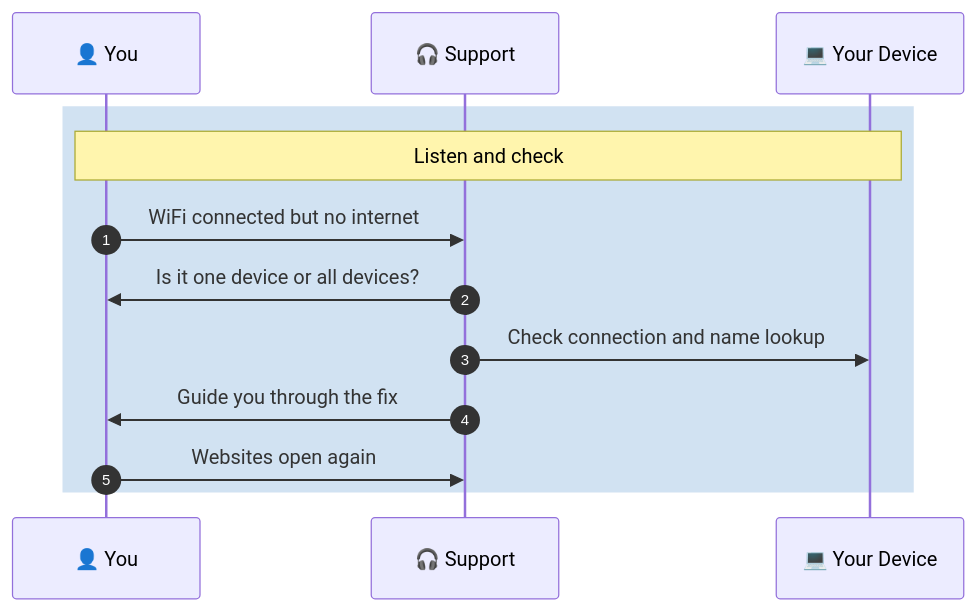
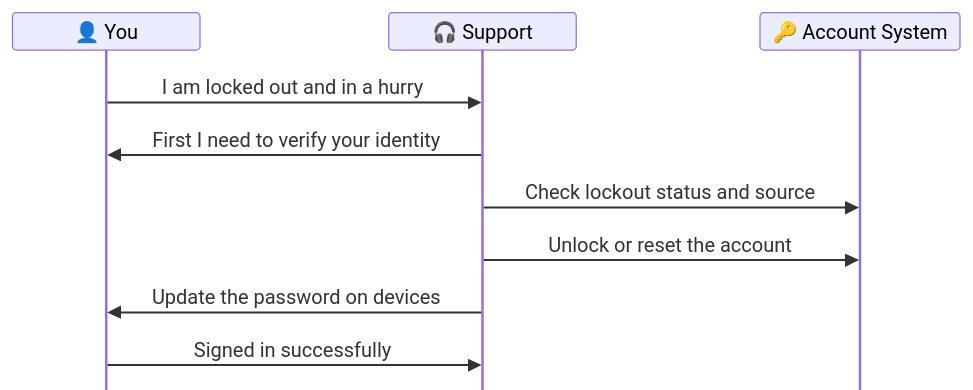
The third of 3 diagrams in 04-Solution-guides/04.5-Password-Reset-Guide.md (malaika-azhar/Customer-Tech-Support-Portfolio), drawn with Mermaid before and after one commit. The commit also changed other lines of this file, not shown here.

````diff
--- a/04-Solution-guides/04.5-Password-Reset-Guide.md
+++ b/04-Solution-guides/04.5-Password-Reset-Guide.md
@@ -245,16 +230,13 @@
 ```mermaid
+%%{init: {'sequence': {'messageMargin': 24, 'height': 30, 'actorMargin': 50, 'boxMargin': 4, 'mirrorActors': false}}}%%
 sequenceDiagram
-    autonumber
     participant C as 👤 You
     participant S as 🎧 Support
-    participant X as 💻 Your Device
-
-    rect rgba(0, 94, 184, 0.18)
-    Note over C,X: Listen and check
-    C->>S: WiFi connected but no internet
-    S->>C: Is it one device or all devices?
-    S->>X: Check connection and name lookup
-    S->>C: Guide you through the fix
-    C->>S: Websites open again
-    end
+    participant X as 🔑 Account System
+    C->>S: I am locked out and in a hurry
+    S->>C: First I need to verify your identity
+    S->>X: Check lockout status and source
+    S->>X: Unlock or reset the account
+    S->>C: Update the password on devices
+    C->>S: Signed in successfully
 ```
````
